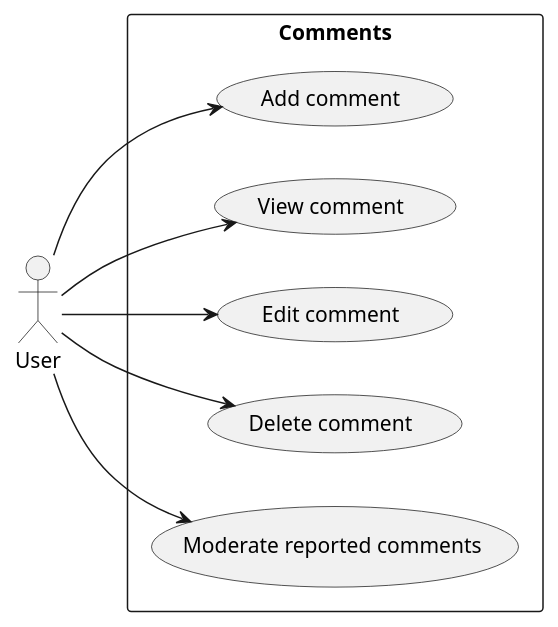
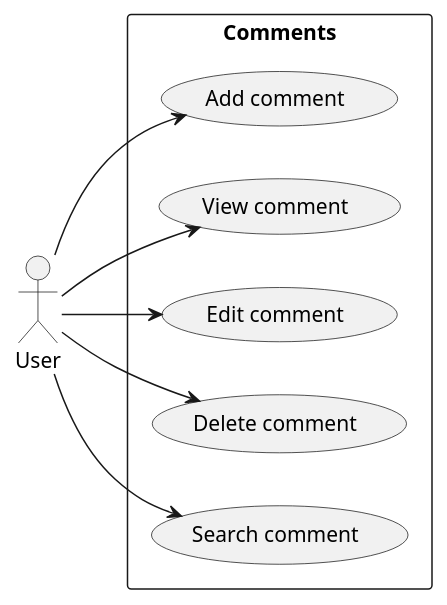
Before and after one commit to andyegli/daysave.app: the diagram in docs/diagrams/src/usecase_comments.puml, drawn with PlantUML. The commit also changed 15 other files, not shown here.

Commit message:
moved diagrams

```diff
--- a/docs/diagrams/src/usecase_comments.puml
+++ b/docs/diagrams/src/usecase_comments.puml
@@ -1,16 +1,16 @@
-@startuml
+@startuml DaySave Use Case Comments
 left to right direction
 actor User
 rectangle Comments {
   ( Add comment )
   User --> ( Add comment )
   ( View comment )
   User --> ( View comment )
   ( Edit comment )
   User --> ( Edit comment )
   ( Delete comment )
   User --> ( Delete comment )
-  ( Moderate reported comments )
-  User --> ( Moderate reported comments )
+  ( Search comment )
+  User --> ( Search comment )
 }
 @enduml
```
